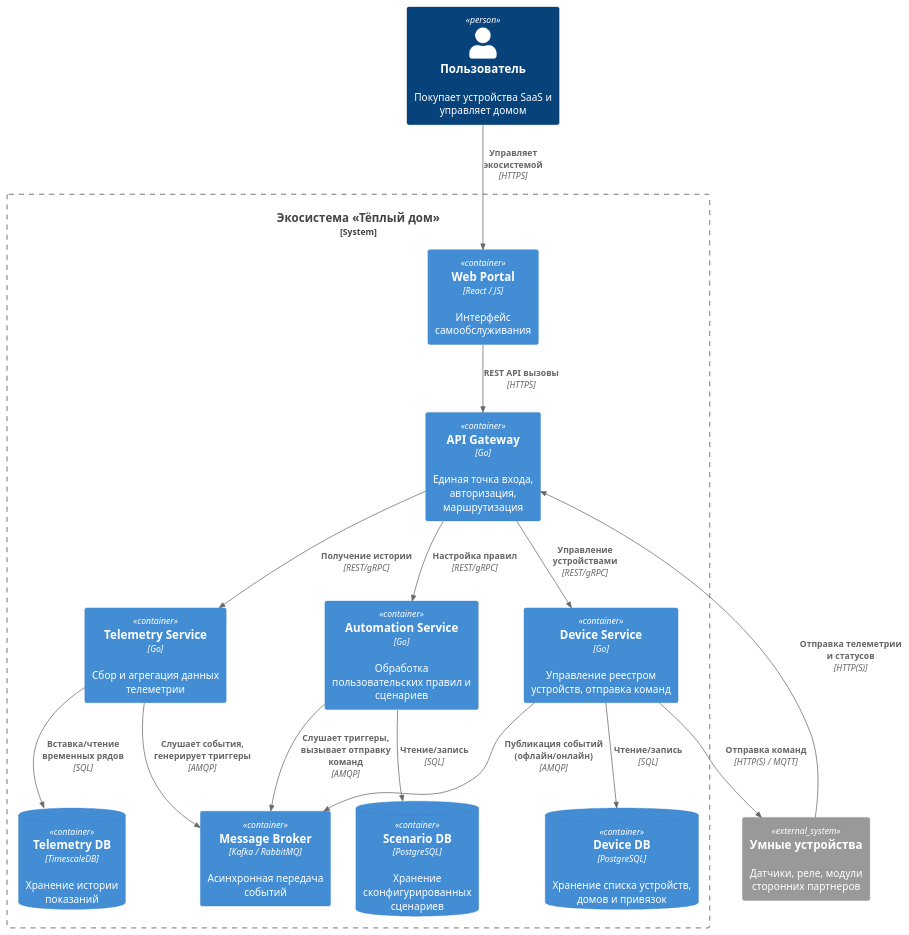
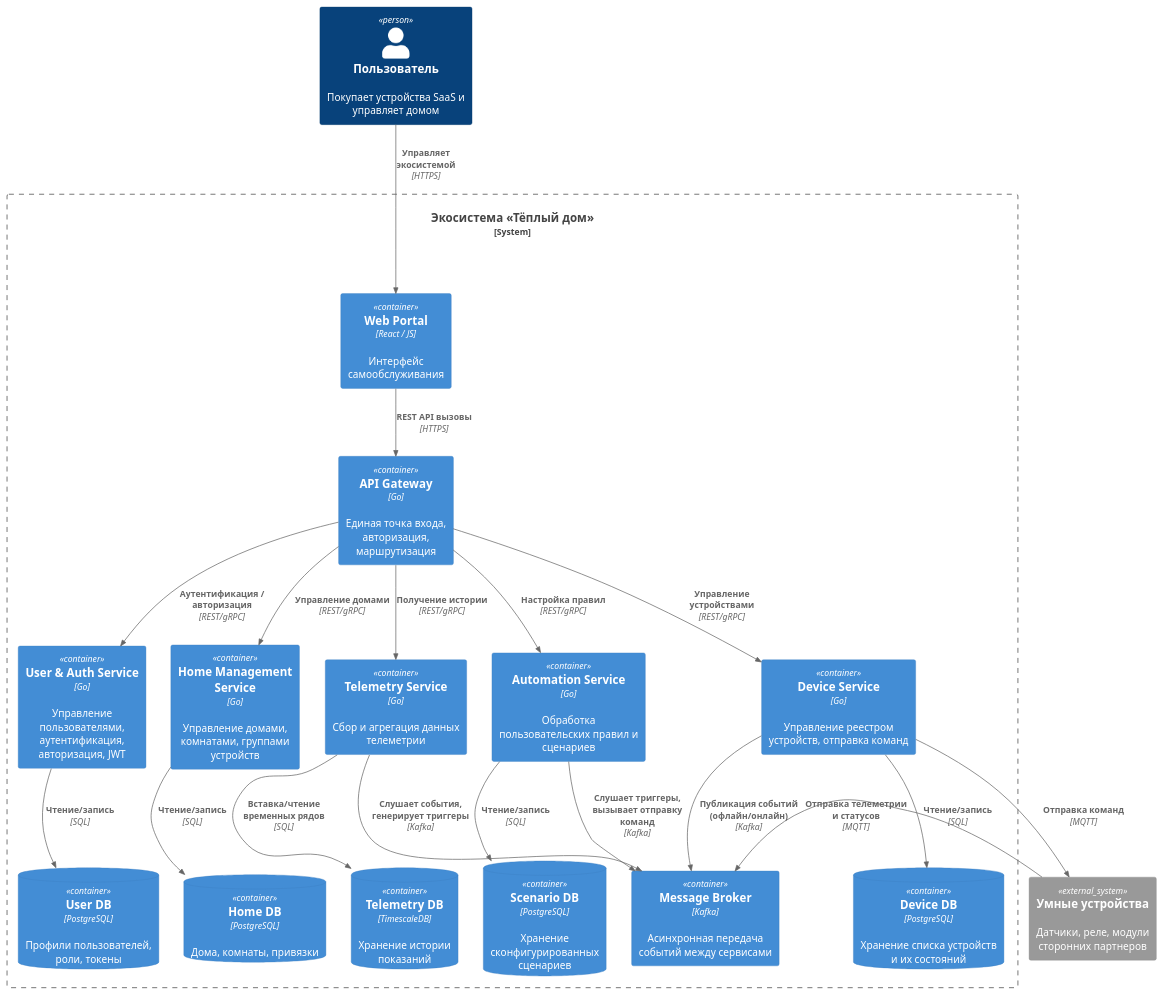
The third of 6 diagrams in README.md (akrasnikov79/architecture-warmhouse), drawn with PlantUML before and after one commit. The commit also changed other lines of this file and 3 other files, not shown here.

````diff
--- a/README.md
+++ b/README.md
@@ -62,42 +85,52 @@
 ```plantuml
 @startuml
 !include https://raw.githubusercontent.com/plantuml-stdlib/C4-PlantUML/master/C4_Container.puml
 
 Person(user, "Пользователь", "Покупает устройства SaaS и управляет домом")
 
 System_Boundary(ecosystem, "Экосистема «Тёплый дом»") {
     Container(web_app, "Web Portal", "React / JS", "Интерфейс самообслуживания")
     Container(api_gateway, "API Gateway", "Go", "Единая точка входа, авторизация, маршрутизация")
-    
+
+    Container(user_service, "User & Auth Service", "Go", "Управление пользователями, аутентификация, авторизация, JWT")
+    ContainerDb(user_db, "User DB", "PostgreSQL", "Профили пользователей, роли, токены")
+
+    Container(home_service, "Home Management Service", "Go", "Управление домами, комнатами, группами устройств")
+    ContainerDb(home_db, "Home DB", "PostgreSQL", "Дома, комнаты, привязки")
+
     Container(device_service, "Device Service", "Go", "Управление реестром устройств, отправка команд")
-    ContainerDb(device_db, "Device DB", "PostgreSQL", "Хранение списка устройств, домов и привязок")
-    
+    ContainerDb(device_db, "Device DB", "PostgreSQL", "Хранение списка устройств и их состояний")
+
     Container(telemetry_service, "Telemetry Service", "Go", "Сбор и агрегация данных телеметрии")
     ContainerDb(telemetry_db, "Telemetry DB", "TimescaleDB", "Хранение истории показаний")
-    
+
     Container(scenario_service, "Automation Service", "Go", "Обработка пользовательских правил и сценариев")
     ContainerDb(scenario_db, "Scenario DB", "PostgreSQL", "Хранение сконфигурированных сценариев")
 
-    Container(message_broker, "Message Broker", "Kafka / RabbitMQ", "Асинхронная передача событий")
+    Container(message_broker, "Message Broker", "Kafka", "Асинхронная передача событий между сервисами")
 }
 
 System_Ext(devices, "Умные устройства", "Датчики, реле, модули сторонних партнеров")
 
 Rel(user, web_app, "Управляет экосистемой", "HTTPS")
 Rel(web_app, api_gateway, "REST API вызовы", "HTTPS")
 
+Rel(api_gateway, user_service, "Аутентификация / авторизация", "REST/gRPC")
+Rel(api_gateway, home_service, "Управление домами", "REST/gRPC")
 Rel(api_gateway, device_service, "Управление устройствами", "REST/gRPC")
 Rel(api_gateway, telemetry_service, "Получение истории", "REST/gRPC")
 Rel(api_gateway, scenario_service, "Настройка правил", "REST/gRPC")
 
+Rel(user_service, user_db, "Чтение/запись", "SQL")
+Rel(home_service, home_db, "Чтение/запись", "SQL")
 Rel(device_service, device_db, "Чтение/запись", "SQL")
 Rel(telemetry_service, telemetry_db, "Вставка/чтение временных рядов", "SQL")
 Rel(scenario_service, scenario_db, "Чтение/запись", "SQL")
 
-Rel(devices, api_gateway, "Отправка телеметрии и статусов", "HTTP(S)")
-Rel(device_service, message_broker, "Публикация событий (офлайн/онлайн)", "AMQP")
-Rel(telemetry_service, message_broker, "Слушает события, генерирует триггеры", "AMQP")
-Rel(scenario_service, message_broker, "Слушает триггеры, вызывает отправку команд", "AMQP")
-Rel(device_service, devices, "Отправка команд", "HTTP(S) / MQTT")
+Rel(devices, message_broker, "Отправка телеметрии и статусов", "MQTT")
+Rel(device_service, message_broker, "Публикация событий (офлайн/онлайн)", "Kafka")
+Rel(telemetry_service, message_broker, "Слушает события, генерирует триггеры", "Kafka")
+Rel(scenario_service, message_broker, "Слушает триггеры, вызывает отправку команд", "Kafka")
+Rel(device_service, devices, "Отправка команд", "MQTT")
 @enduml
 ```
````
